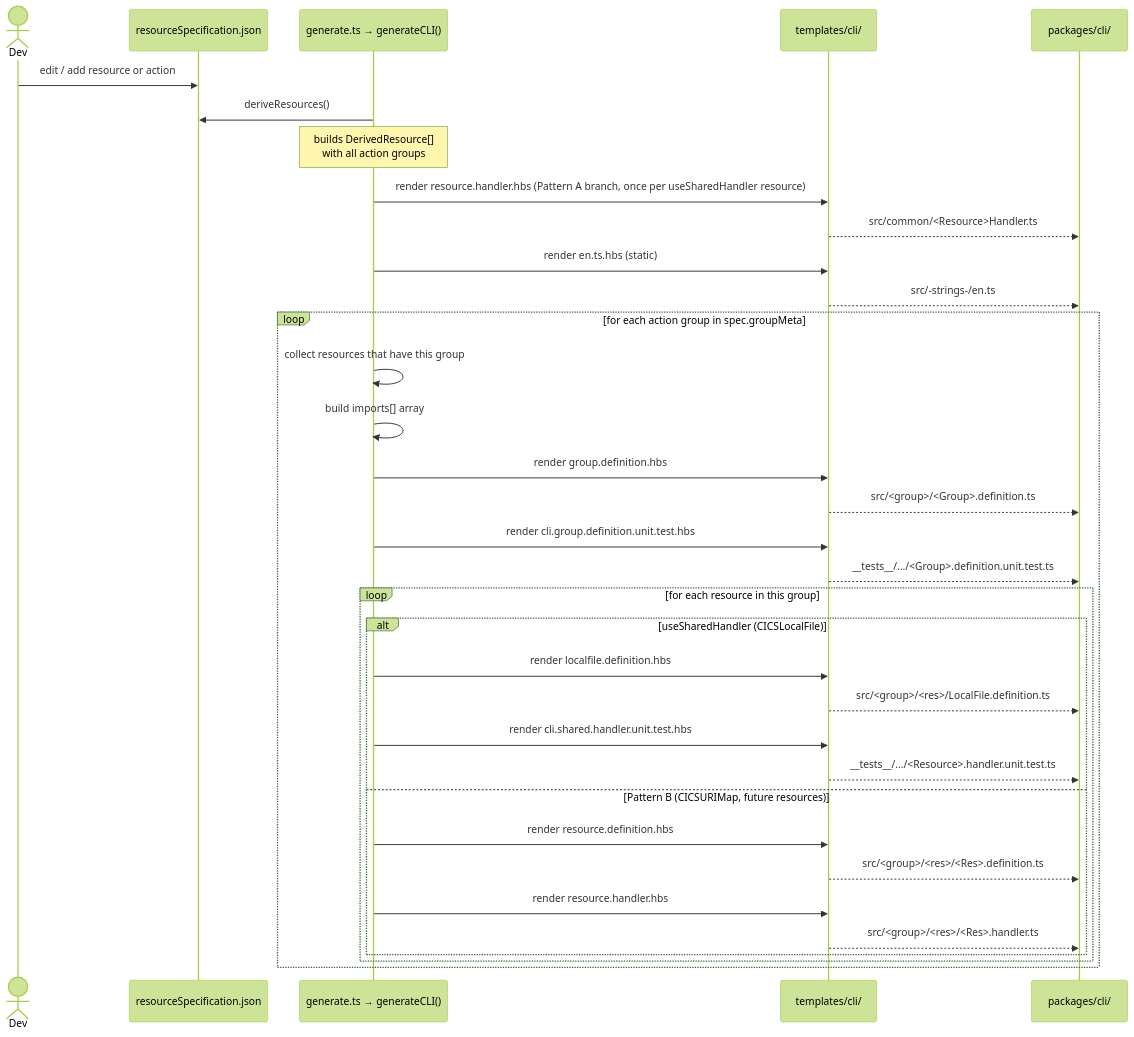
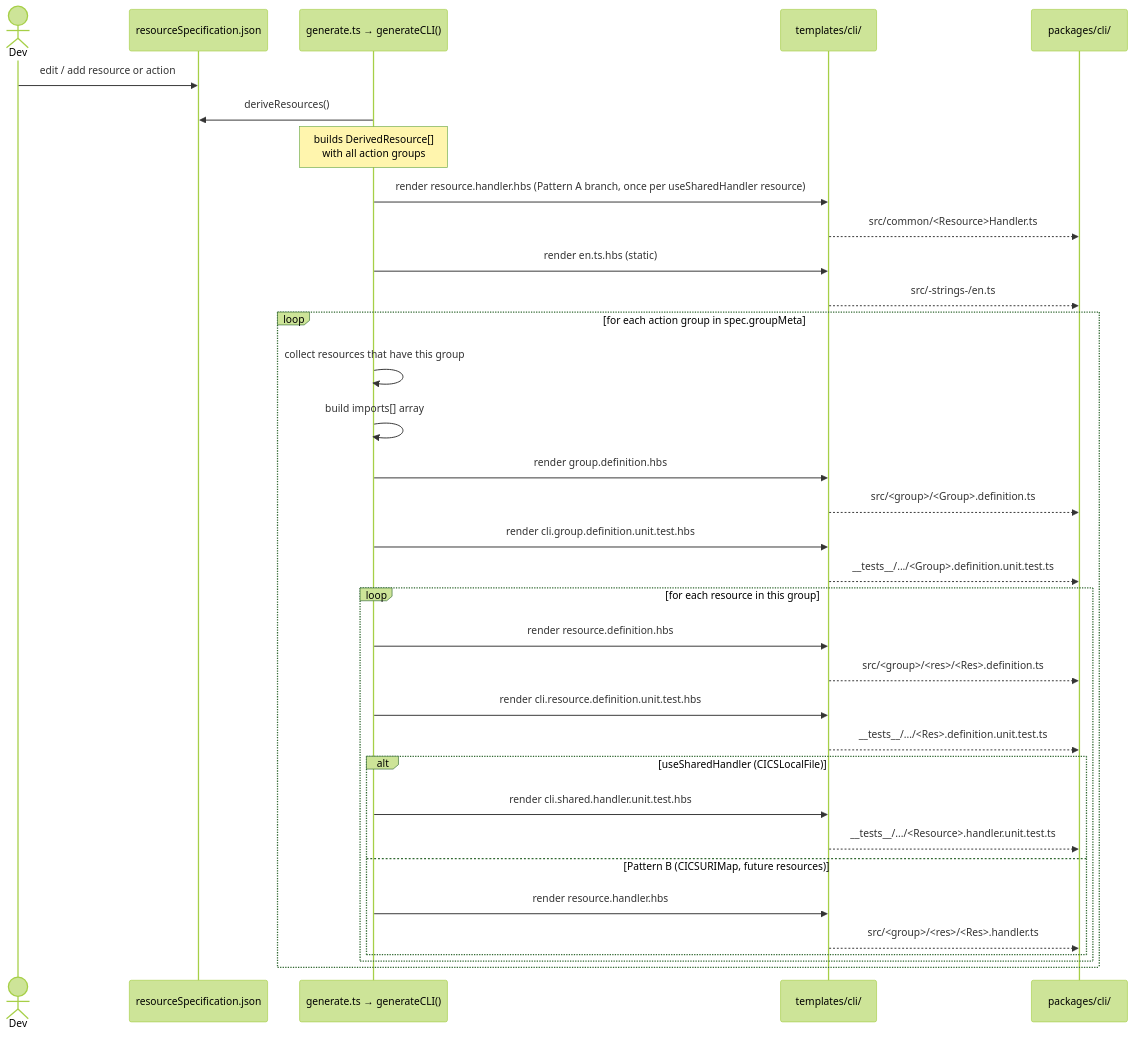
One commit to zowe/cics-for-zowe-client changed the tenth of 13 diagrams in codegen/docs/CLI_CODEGEN_ROADMAP.md. Above: the diagram before and after it, drawn with Mermaid (forest theme). The commit also changed other lines of this file and 13 other files, not shown here.

````diff
--- a/codegen/docs/CLI_CODEGEN_ROADMAP.md
+++ b/codegen/docs/CLI_CODEGEN_ROADMAP.md
@@ -499,44 +499,44 @@
 ```mermaid
 sequenceDiagram
     actor Dev
     participant Spec as resourceSpecification.json
     participant Gen as generate.ts → generateCLI()
     participant Tpl as templates/cli/
     participant CLI as packages/cli/
 
     Dev->>Spec: edit / add resource or action
 
     Gen->>Spec: deriveResources()
     Note over Gen: builds DerivedResource[]<br/>with all action groups
 
     Gen->>Tpl: render resource.handler.hbs (Pattern A branch, once per useSharedHandler resource)
     Tpl-->>CLI: src/common/<Resource>Handler.ts
 
     Gen->>Tpl: render en.ts.hbs (static)
     Tpl-->>CLI: src/-strings-/en.ts
 
     loop for each action group in spec.groupMeta
         Gen->>Gen: collect resources that have this group
         Gen->>Gen: build imports[] array
 
         Gen->>Tpl: render group.definition.hbs
         Tpl-->>CLI: src/<group>/<Group>.definition.ts
 
         Gen->>Tpl: render cli.group.definition.unit.test.hbs
         Tpl-->>CLI: __tests__/.../<Group>.definition.unit.test.ts
 
         loop for each resource in this group
+            Gen->>Tpl: render resource.definition.hbs
+            Tpl-->>CLI: src/<group>/<res>/<Res>.definition.ts
+            Gen->>Tpl: render cli.resource.definition.unit.test.hbs
+            Tpl-->>CLI: __tests__/.../<Res>.definition.unit.test.ts
             alt useSharedHandler (CICSLocalFile)
-                Gen->>Tpl: render localfile.definition.hbs
-                Tpl-->>CLI: src/<group>/<res>/LocalFile.definition.ts
                 Gen->>Tpl: render cli.shared.handler.unit.test.hbs
                 Tpl-->>CLI: __tests__/.../<Resource>.handler.unit.test.ts
             else Pattern B (CICSURIMap, future resources)
-                Gen->>Tpl: render resource.definition.hbs
-                Tpl-->>CLI: src/<group>/<res>/<Res>.definition.ts
                 Gen->>Tpl: render resource.handler.hbs
                 Tpl-->>CLI: src/<group>/<res>/<Res>.handler.ts
             end
         end
     end
 ```
````
